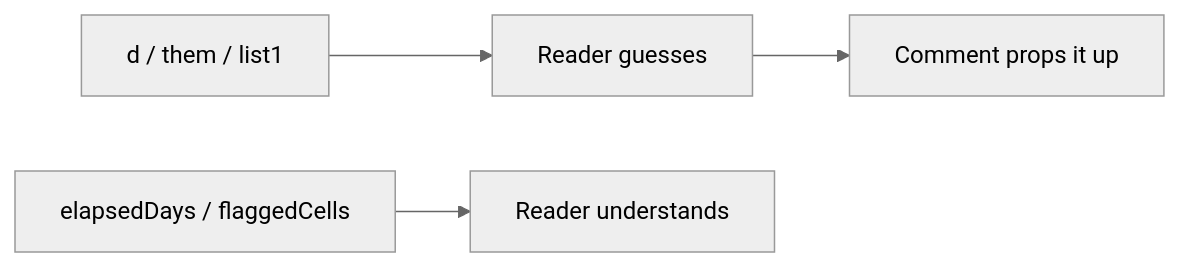
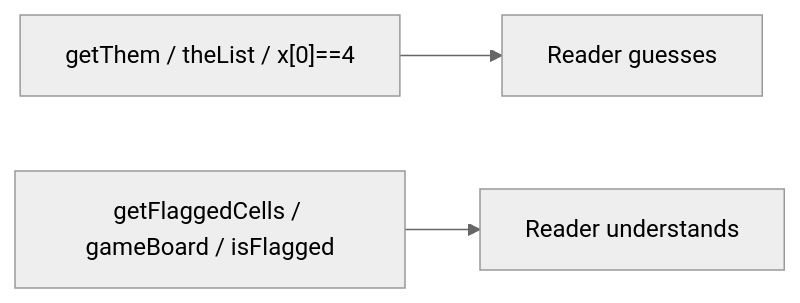
One commit to pmagnomuller/pmagnomuller.github.io changed the second of 2 diagrams in _cleancode/ch02-meaningful-names.md. Above: the diagram before and after it, drawn with Mermaid (neutral theme). The commit also changed other lines of this file and 28 other files, not shown here.

````diff
--- a/_cleancode/ch02-meaningful-names.md
+++ b/_cleancode/ch02-meaningful-names.md
@@ -22,6 +51,5 @@
 ```mermaid
 flowchart LR
-  Bad["d / them / list1"] --> Guess[Reader guesses]
-  Guess --> Comment[Comment props it up]
-  Good["elapsedDays / flaggedCells"] --> Read[Reader understands]
+  Bad["getThem / theList / x[0]==4"] --> Guess[Reader guesses]
+  Good["getFlaggedCells / gameBoard / isFlagged"] --> Read[Reader understands]
 ```
````
